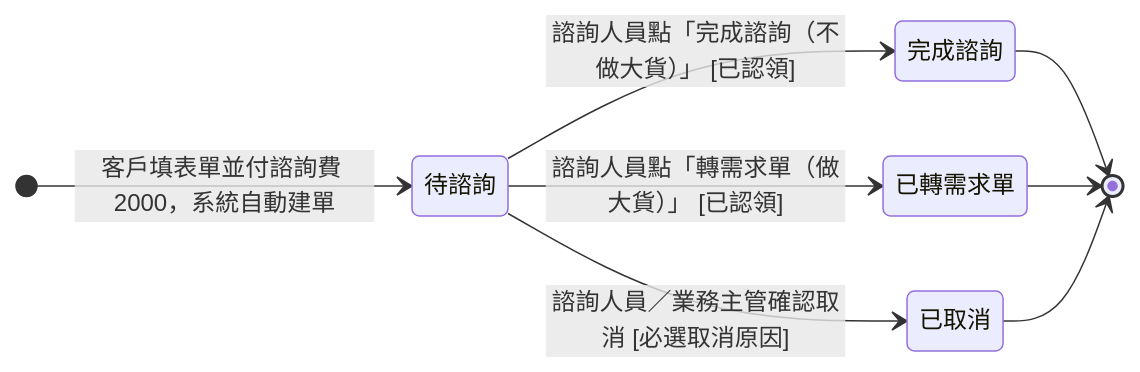
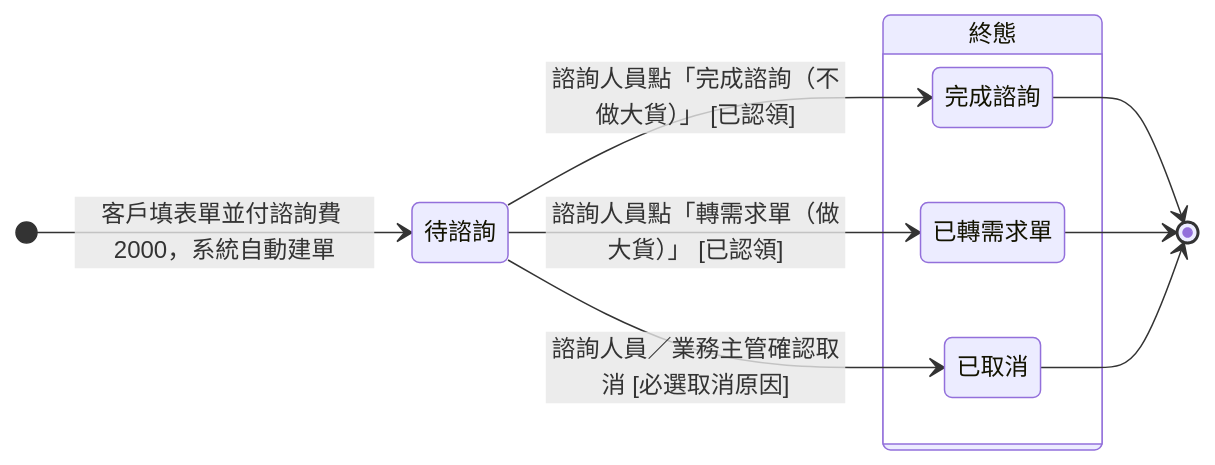
The diagram in memory/Sens_wiki/wiki/erp/06-state-machines/諮詢單狀態.md (Kawato-Miles/erp-spec), drawn with Mermaid before and after one commit. The commit also changed other lines of this file and 80 other files, not shown here.

````diff
--- a/memory/Sens_wiki/wiki/erp/06-state-machines/諮詢單狀態.md
+++ b/memory/Sens_wiki/wiki/erp/06-state-machines/諮詢單狀態.md
@@ -36,19 +38,22 @@
 ```mermaid
 stateDiagram-v2
     direction LR
 
     [*] --> s_wait : 客戶填表單並付諮詢費 2000，系統自動建單
 
     state "待諮詢" as s_wait
-    state "完成諮詢" as s_done
-    state "已轉需求單" as s_quote
-    state "已取消" as s_cancel
+
+    state "終態" as Final {
+        state "完成諮詢" as s_done
+        state "已轉需求單" as s_quote
+        state "已取消" as s_cancel
+    }
 
     s_wait --> s_done : 諮詢人員點「完成諮詢（不做大貨）」 [已認領]
     s_wait --> s_quote : 諮詢人員點「轉需求單（做大貨）」 [已認領]
     s_wait --> s_cancel : 諮詢人員／業務主管確認取消 [必選取消原因]
 
     s_done --> [*]
     s_quote --> [*]
     s_cancel --> [*]
 ```
````
